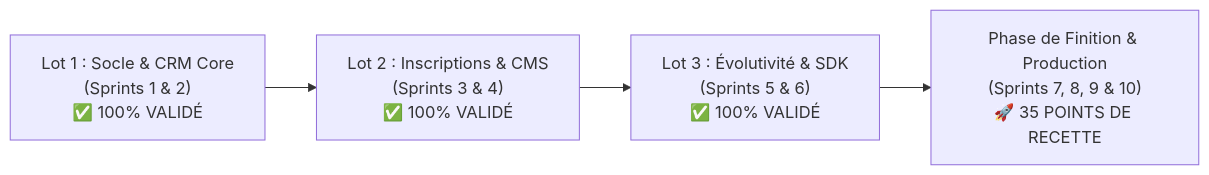
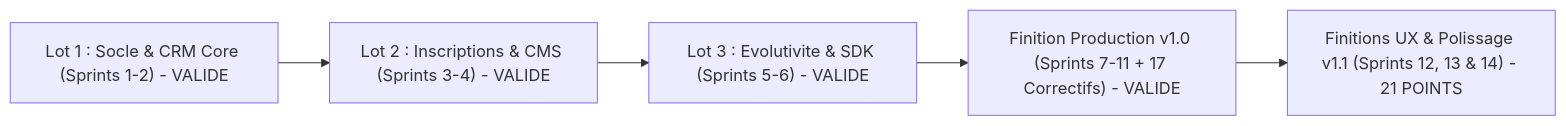
One commit to kanso-ya/kanso-ya changed the first of 5 diagrams in docs/ROADMAP.md. Above: the diagram before and after it, drawn with Mermaid. The commit also changed other lines of this file and 46 other files, not shown here.

````diff
--- a/docs/ROADMAP.md
+++ b/docs/ROADMAP.md
@@ -14,6 +14,7 @@
 ```mermaid
 flowchart LR
-    L1["Lot 1 : Socle & CRM Core\n(Sprints 1 & 2)\n✅ 100% VALIDÉ"] --> L2["Lot 2 : Inscriptions & CMS\n(Sprints 3 & 4)\n✅ 100% VALIDÉ"]
-    L2 --> L3["Lot 3 : Évolutivité & SDK\n(Sprints 5 & 6)\n✅ 100% VALIDÉ"]
-    L3 --> L4["Phase de Finition & Production\n(Sprints 7, 8, 9 & 10)\n🚀 35 POINTS DE RECETTE"]
+    L1["Lot 1 : Socle & CRM Core (Sprints 1-2) - VALIDE"] --> L2["Lot 2 : Inscriptions & CMS (Sprints 3-4) - VALIDE"]
+    L2 --> L3["Lot 3 : Evolutivite & SDK (Sprints 5-6) - VALIDE"]
+    L3 --> L4["Finition Production v1.0 (Sprints 7-11 + 17 Correctifs) - VALIDE"]
+    L4 --> L5["Finitions UX & Polissage v1.1 (Sprints 12, 13 & 14) - 21 POINTS"]
 ```
````
